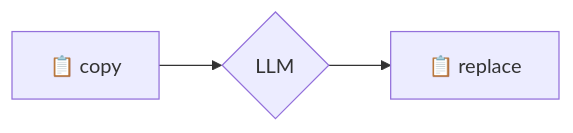
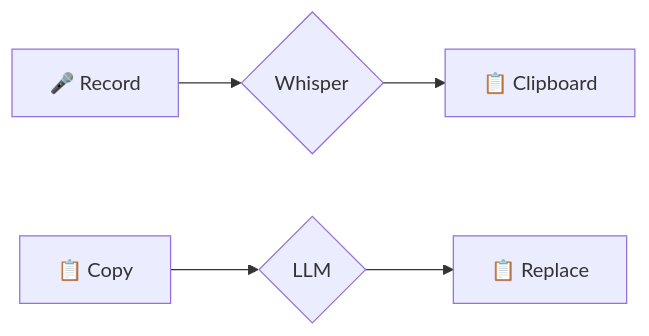
Before and after one commit to zarvent/voice2machine: the diagram in README.md, drawn with Mermaid. The commit also changed other lines of this file and 14 other files, not shown here.

````diff
--- a/README.md
+++ b/README.md
@@ -58,5 +36,5 @@
 ```mermaid
 flowchart LR
-A[📋 copy] --> B{LLM}
-B --> C[📋 replace]
+    A[🎤 Record] --> B{Whisper} --> C[📋 Clipboard]
+    D[📋 Copy] --> E{LLM} --> F[📋 Replace]
 ```
````
